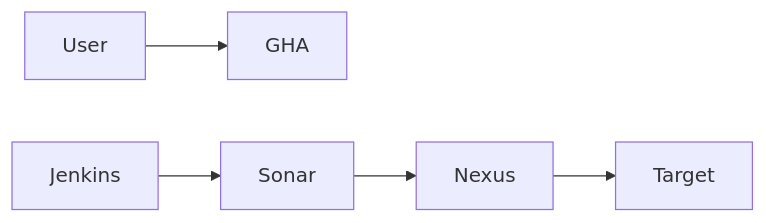
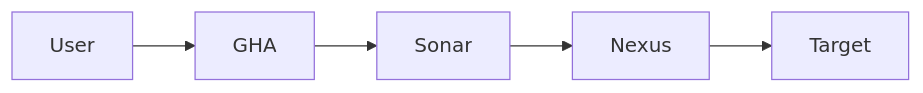
Before and after one commit to devarab1/Diagrams: the fourth of 4 diagrams in README.md, drawn with Mermaid.

````diff
--- a/README.md
+++ b/README.md
@@ -65,7 +65,7 @@
 ```mermaid
 graph LR
     User --> GHA
-    Jenkins --> Sonar
+    GHA --> Sonar
     Sonar --> Nexus
     Nexus --> Target
 ```
````
